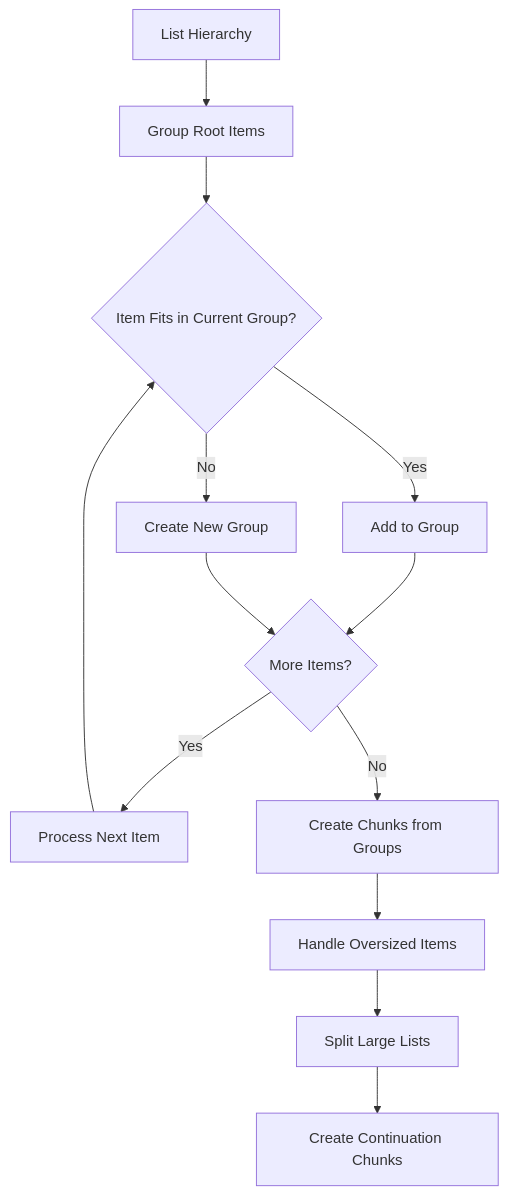
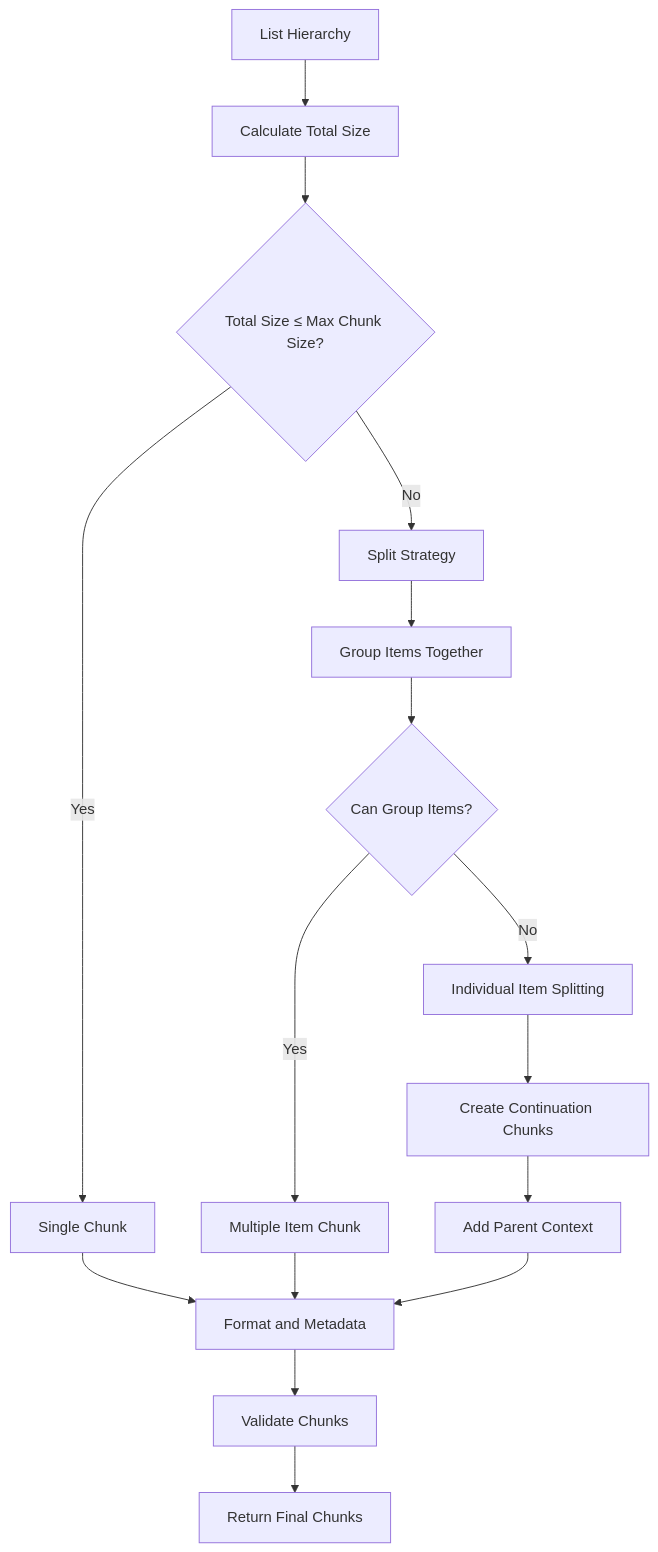
One commit to asukhodko/dify-markdown-chunker changed the fifth of 5 diagrams in .qoder/repowiki/en/content/Chunking Strategies/List Strategy.md. Above: the diagram before and after it, drawn with Mermaid. The commit also changed other lines of this file and 205 other files, not shown here.

````diff
--- a/.qoder/repowiki/en/content/Chunking Strategies/List Strategy.md
+++ b/.qoder/repowiki/en/content/Chunking Strategies/List Strategy.md
@@ -331,15 +260,18 @@
 ```mermaid
 flowchart TD
-A["List Hierarchy"] --> B["Group Root Items"]
-B --> C{"Item Fits in Current Group?"}
-C --> |Yes| D["Add to Group"]
-C --> |No| E["Create New Group"]
-D --> F{"More Items?"}
-E --> F
-F --> |Yes| G["Process Next Item"]
-F --> |No| H["Create Chunks from Groups"]
-G --> C
-H --> I["Handle Oversized Items"]
-I --> J["Split Large Lists"]
-J --> K["Create Continuation Chunks"]
+A["List Hierarchy"] --> B["Calculate Total Size"]
+B --> C{"Total Size ≤ Max Chunk Size?"}
+C --> |Yes| D["Single Chunk"]
+C --> |No| E["Split Strategy"]
+E --> F["Group Items Together"]
+F --> G{"Can Group Items?"}
+G --> |Yes| H["Multiple Item Chunk"]
+G --> |No| I["Individual Item Splitting"]
+I --> J["Create Continuation Chunks"]
+J --> K["Add Parent Context"]
+D --> L["Format and Metadata"]
+H --> L
+K --> L
+L --> M["Validate Chunks"]
+M --> N["Return Final Chunks"]
 ```
````
